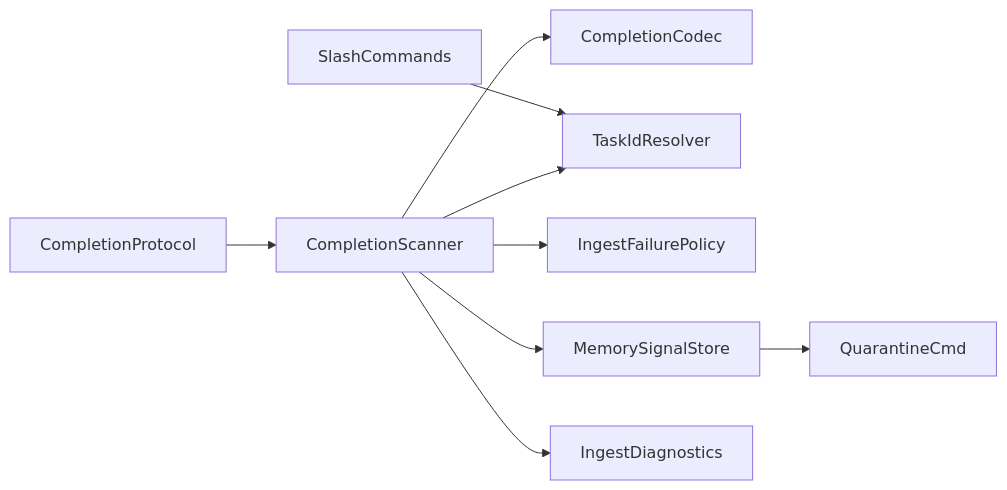
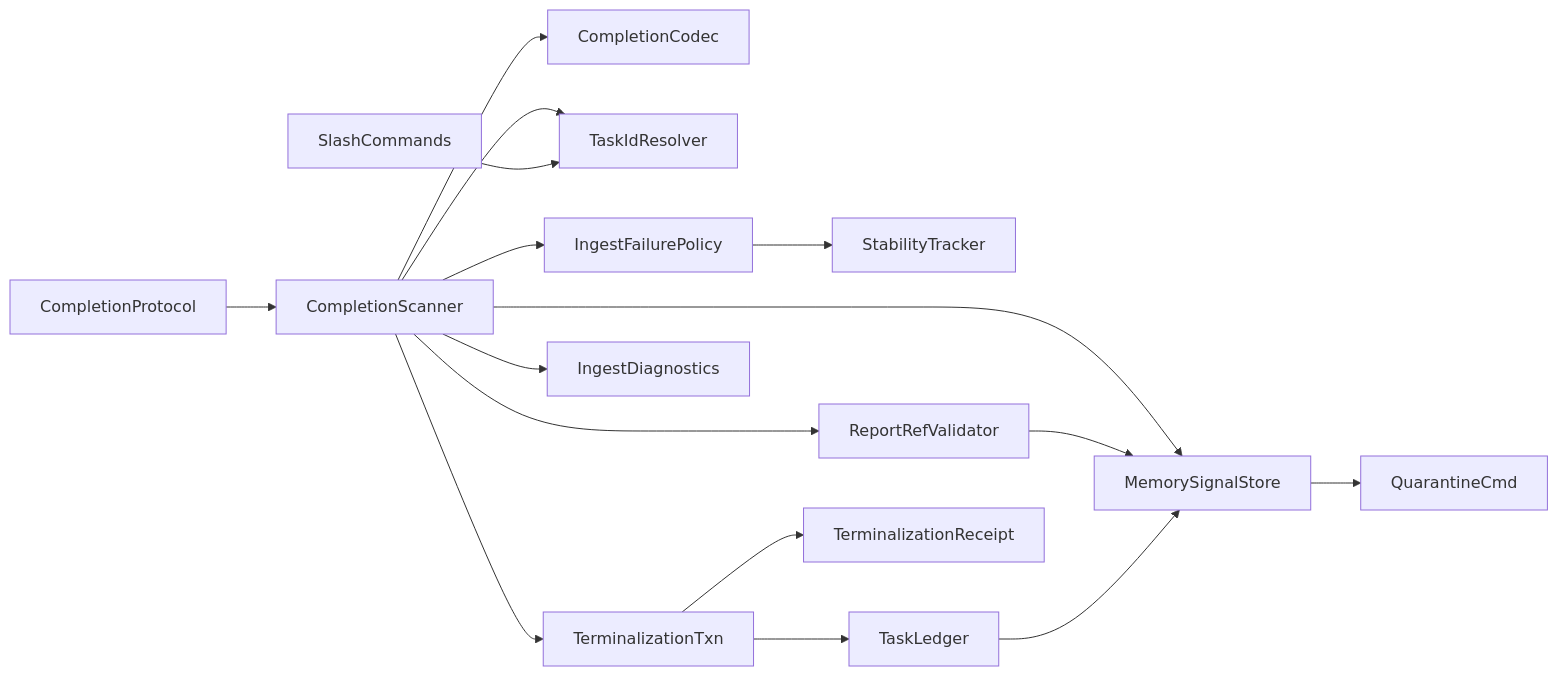
The diagram in ai-artifacts/runs/code/collab-signal-hardening-77064-88673-515/plan.mmd (yes506/canvas-terminal), drawn with Mermaid before and after one commit. The commit also changed 1 other file, not shown here.

Commit message:
docs(planner): rev-3 plan folding round-2 review (persistence-ack txn, wrong_session quarantine, concurrency-safe stability gate, report soft-fail, report-first ordering)

```diff
--- a/ai-artifacts/runs/code/collab-signal-hardening-77064-88673-515/plan.mmd
+++ b/ai-artifacts/runs/code/collab-signal-hardening-77064-88673-515/plan.mmd
@@ -1,18 +1,30 @@
 graph LR
   CompletionProtocol["CompletionProtocol"]
   CompletionScanner["CompletionScanner"]
   CompletionCodec["CompletionCodec"]
   TaskIdResolver["TaskIdResolver"]
   IngestFailurePolicy["IngestFailurePolicy"]
+  StabilityTracker["StabilityTracker"]
+  ReportRefValidator["ReportRefValidator"]
+  TerminalizationTxn["TerminalizationTxn"]
+  TaskLedger["TaskLedger"]
+  TerminalizationReceipt["TerminalizationReceipt"]
   MemorySignalStore["MemorySignalStore"]
   QuarantineCmd["QuarantineCmd"]
   IngestDiagnostics["IngestDiagnostics"]
   SlashCommands["SlashCommands"]
   CompletionProtocol --> CompletionScanner
   CompletionScanner --> MemorySignalStore
   CompletionScanner --> CompletionCodec
   CompletionScanner --> TaskIdResolver
   CompletionScanner --> IngestFailurePolicy
+  CompletionScanner --> ReportRefValidator
   CompletionScanner --> IngestDiagnostics
+  CompletionScanner --> TerminalizationTxn
+  IngestFailurePolicy --> StabilityTracker
+  ReportRefValidator --> MemorySignalStore
+  TerminalizationTxn --> TaskLedger
+  TerminalizationTxn --> TerminalizationReceipt
+  TaskLedger --> MemorySignalStore
   MemorySignalStore --> QuarantineCmd
   SlashCommands --> TaskIdResolver
```
